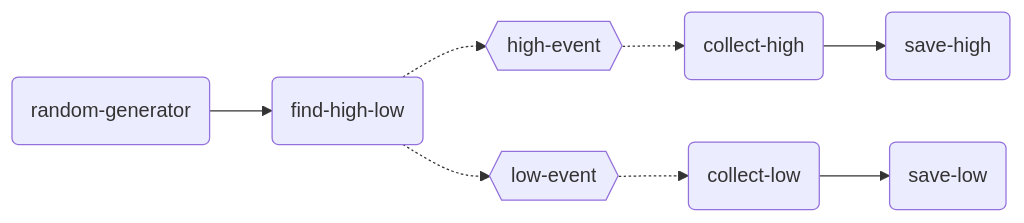
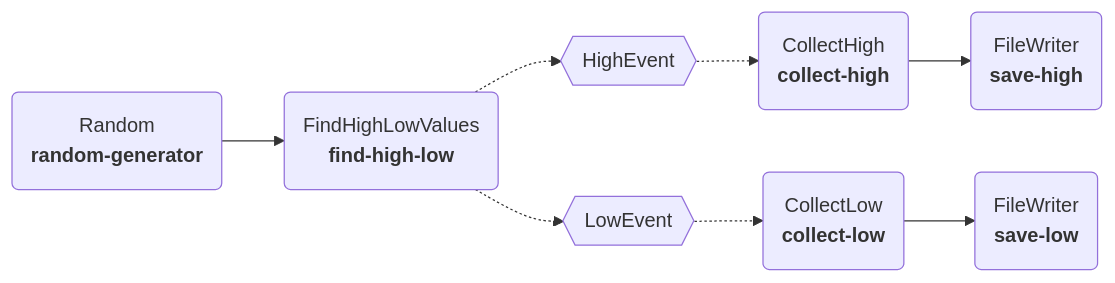
The diagram in docs/examples/tutorials/event-driven-models.md (plugboard-dev/plugboard), drawn with Mermaid before and after one commit.

Commit message:
Update diagram

````diff
--- a/docs/examples/tutorials/event-driven-models.md
+++ b/docs/examples/tutorials/event-driven-models.md
@@ -13,10 +13,10 @@
 ```mermaid
-graph LR;
-    Random(random-generator)-->FindHighLowValues(find-high-low);
-    FindHighLowValues(find-high-low)-.->HighEvent{{high-event}};
-    FindHighLowValues(find-high-low)-.->LowEvent{{low-event}};
-    HighEvent{{high-event}}-.->CollectHigh(collect-high);
-    LowEvent{{low-event}}-.->CollectLow(collect-low);
-    CollectHigh(collect-high)-->SaveHigh(save-high);
-    CollectLow(collect-low)-->SaveLow(save-low);
+flowchart LR
+    collect-high@{ shape: rounded, label: CollectHigh<br>**collect-high** } --> save-high@{ shape: rounded, label: FileWriter<br>**save-high** }
+    collect-low@{ shape: rounded, label: CollectLow<br>**collect-low** } --> save-low@{ shape: rounded, label: FileWriter<br>**save-low** }
+    random-generator@{ shape: rounded, label: Random<br>**random-generator** } --> find-high-low@{ shape: rounded, label: FindHighLowValues<br>**find-high-low** }
+    low_event@{ shape: hex, label: LowEvent } -.-> collect-low@{ shape: rounded, label: CollectLow<br>**collect-low** }
+    high_event@{ shape: hex, label: HighEvent } -.-> collect-high@{ shape: rounded, label: CollectHigh<br>**collect-high** }
+    find-high-low@{ shape: rounded, label: FindHighLowValues<br>**find-high-low** } -.-> high_event@{ shape: hex, label: HighEvent }
+    find-high-low@{ shape: rounded, label: FindHighLowValues<br>**find-high-low** } -.-> low_event@{ shape: hex, label: LowEvent }
 ```
````
